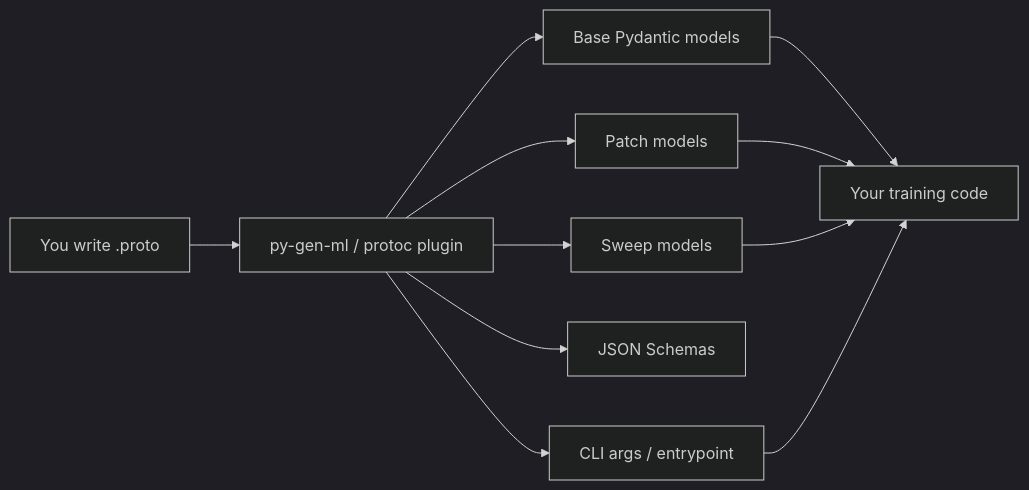
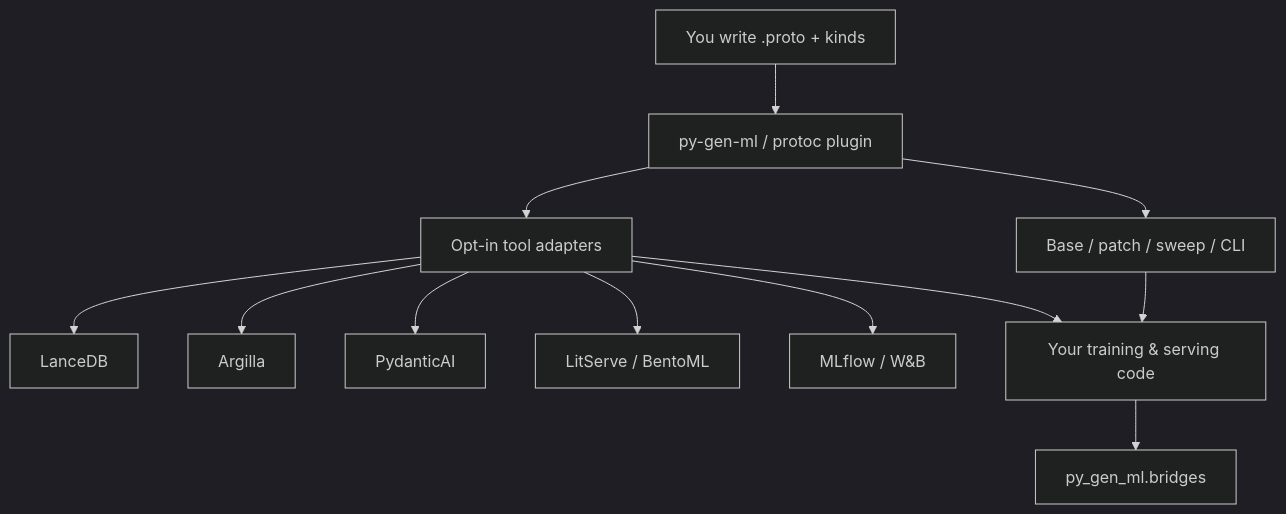
Before and after one commit to jostosh/py-gen-ml: the first of 2 diagrams in docs/index.md, drawn with Mermaid (dark theme). The commit also changed other lines of this file and 5 other files, not shown here.

````diff
--- a/docs/index.md
+++ b/docs/index.md
@@ -34,13 +48,14 @@
 ```mermaid
-flowchart LR
-  proto["You write .proto"] --> cli["py-gen-ml / protoc plugin"]
-  cli --> base["Base Pydantic models"]
-  cli --> patch["Patch models"]
-  cli --> sweep["Sweep models"]
-  cli --> jsonSchema["JSON Schemas"]
-  cli --> typerCli["CLI args / entrypoint"]
-  base --> train["Your training code"]
-  patch --> train
-  sweep --> train
-  typerCli --> train
+flowchart TB
+  proto["You write .proto + kinds"] --> plugin["py-gen-ml / protoc plugin"]
+  plugin --> base["Base / patch / sweep / CLI"]
+  plugin --> tools["Opt-in tool adapters"]
+  tools --> lance["LanceDB"]
+  tools --> arg["Argilla"]
+  tools --> pai["PydanticAI"]
+  tools --> serve["LitServe / BentoML"]
+  tools --> track["MLflow / W&B"]
+  base --> yourCode["Your training & serving code"]
+  tools --> yourCode
+  yourCode --> bridges["py_gen_ml.bridges"]
 ```
````
